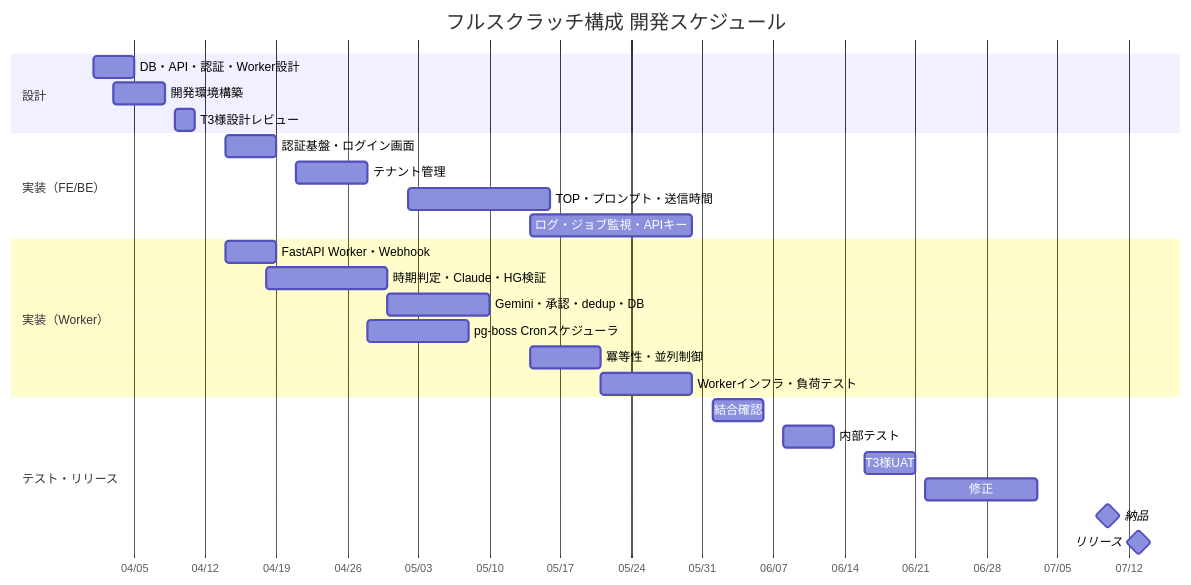
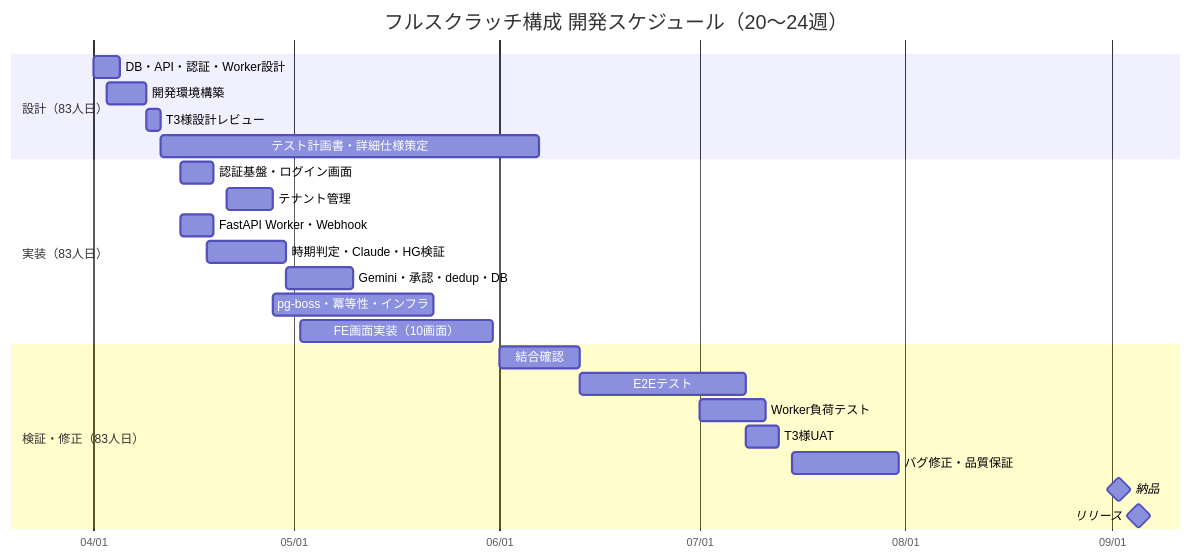
One commit to sodaitanaka/infrastructure changed the ninth of 9 diagrams in overview.md. Above: the diagram before and after it, drawn with Mermaid. The commit also changed other lines of this file, not shown here.

````diff
--- a/overview.md
+++ b/overview.md
@@ -425,33 +443,30 @@
 ```mermaid
 gantt
-    title フルスクラッチ構成 開発スケジュール
+    title フルスクラッチ構成 開発スケジュール（20〜24週）
     dateFormat YYYY-MM-DD
     axisFormat %m/%d
 
-    section 設計
-    DB・API・認証・Worker設計   :2026-04-01, 4d
-    開発環境構築                :2026-04-03, 5d
-    T3様設計レビュー            :2026-04-09, 2d
+    section 設計（83人日）
+    DB・API・認証・Worker設計    :2026-04-01, 4d
+    開発環境構築                 :2026-04-03, 6d
+    T3様設計レビュー             :2026-04-09, 2d
+    テスト計画書・詳細仕様策定   :2026-04-11, 57d
 
-    section 実装（FE/BE）
-    認証基盤・ログイン画面      :2026-04-14, 5d
-    テナント管理                :2026-04-21, 7d
-    TOP・プロンプト・送信時間   :2026-05-02, 14d
-    ログ・ジョブ監視・APIキー   :2026-05-14, 16d
+    section 実装（83人日）
+    認証基盤・ログイン画面       :2026-04-14, 5d
+    テナント管理                 :2026-04-21, 7d
+    FastAPI Worker・Webhook      :2026-04-14, 5d
+    時期判定・Claude・HG検証     :2026-04-18, 12d
+    Gemini・承認・dedup・DB      :2026-04-30, 10d
+    pg-boss・冪等性・インフラ    :2026-04-28, 24d
+    FE画面実装（10画面）         :2026-05-02, 29d
 
-    section 実装（Worker）
-    FastAPI Worker・Webhook     :2026-04-14, 5d
-    時期判定・Claude・HG検証    :2026-04-18, 12d
-    Gemini・承認・dedup・DB     :2026-04-30, 10d
-    pg-boss Cronスケジューラ    :2026-04-28, 10d
-    冪等性・並列制御            :2026-05-14, 7d
-    Workerインフラ・負荷テスト  :2026-05-21, 9d
-
-    section テスト・リリース
-    結合確認                    :2026-06-01, 5d
-    内部テスト                  :2026-06-08, 5d
-    T3様UAT                     :2026-06-16, 5d
-    修正                        :2026-06-22, 11d
-    納品                        :milestone, 2026-07-10, 0d
-    リリース                    :milestone, 2026-07-13, 0d
+    section 検証・修正（83人日）
+    結合確認                     :2026-06-01, 12d
+    E2Eテスト                    :2026-06-13, 25d
+    Worker負荷テスト             :2026-07-01, 10d
+    T3様UAT                      :2026-07-08, 5d
+    バグ修正・品質保証           :2026-07-15, 16d
+    納品                         :milestone, 2026-09-02, 0d
+    リリース                     :milestone, 2026-09-05, 0d
 ```
````
